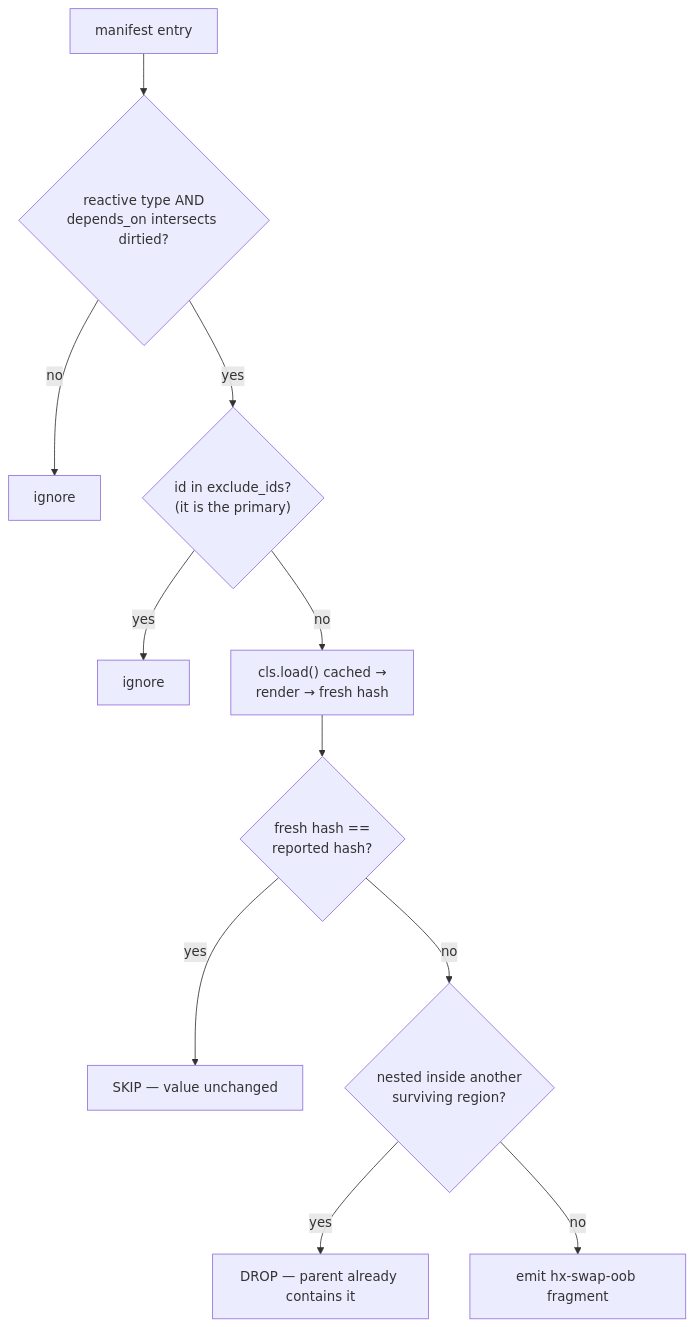
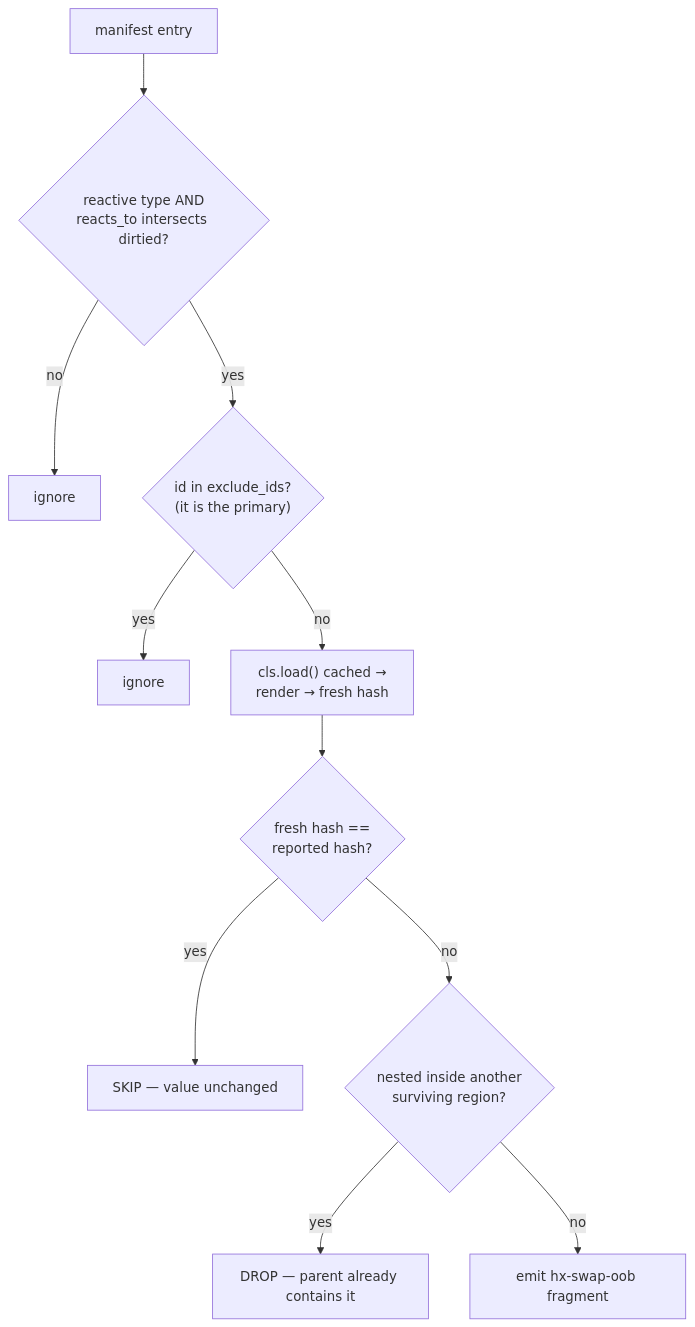
The fourth of 5 diagrams in docs/reactivity.md (paulomtts/pyjinhx), drawn with Mermaid before and after one commit. The commit also changed other lines of this file and 14 other files, not shown here.

First line of the commit message:
refactor(reactive)!: rename depends_on to reacts_to

````diff
--- a/docs/reactivity.md
+++ b/docs/reactivity.md
@@ -253,13 +257,13 @@
 ```mermaid
 flowchart TD
-    M["manifest entry"] --> F{"reactive type AND<br/>depends_on intersects dirtied?"}
+    M["manifest entry"] --> F{"reactive type AND<br/>reacts_to intersects dirtied?"}
     F -->|no| X1["ignore"]
     F -->|yes| EX{"id in exclude_ids?<br/>(it is the primary)"}
     EX -->|yes| X2["ignore"]
     EX -->|no| LOAD["cls.load() cached →<br/>render → fresh hash"]
     LOAD --> GATE{"fresh hash ==<br/>reported hash?"}
     GATE -->|yes| X3["SKIP — value unchanged"]
     GATE -->|no| DED{"nested inside another<br/>surviving region?"}
     DED -->|yes| X4["DROP — parent already contains it"]
     DED -->|no| EMIT["emit hx-swap-oob fragment"]
 ```
````
